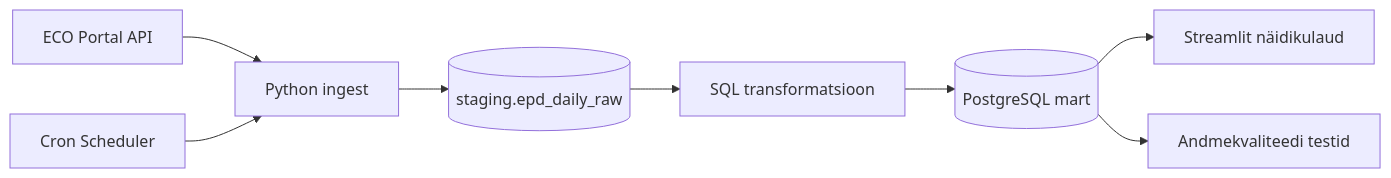
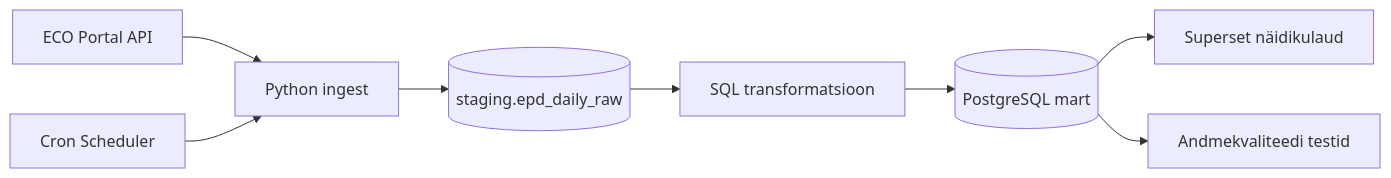
Before and after one commit to MMK-spec/eco-epd-data-pipeline: the diagram in docs/arhitektuur.md, drawn with Mermaid.

````diff
--- a/docs/arhitektuur.md
+++ b/docs/arhitektuur.md
@@ -24,10 +24,10 @@
 ```mermaid
 flowchart LR
     source[ECO Portal API]  --> ingest[Python ingest]
     ingest --> staging[(staging.epd_daily_raw)]
     staging --> transform[SQL transformatsioon]
     transform --> mart[(PostgreSQL mart)]
-    mart --> dashboard[ Streamlit näidikulaud]
+    mart --> dashboard[ Superset näidikulaud]
     mart --> quality[Andmekvaliteedi testid]
     scheduler[Cron Scheduler] --> ingest
 ```
````
